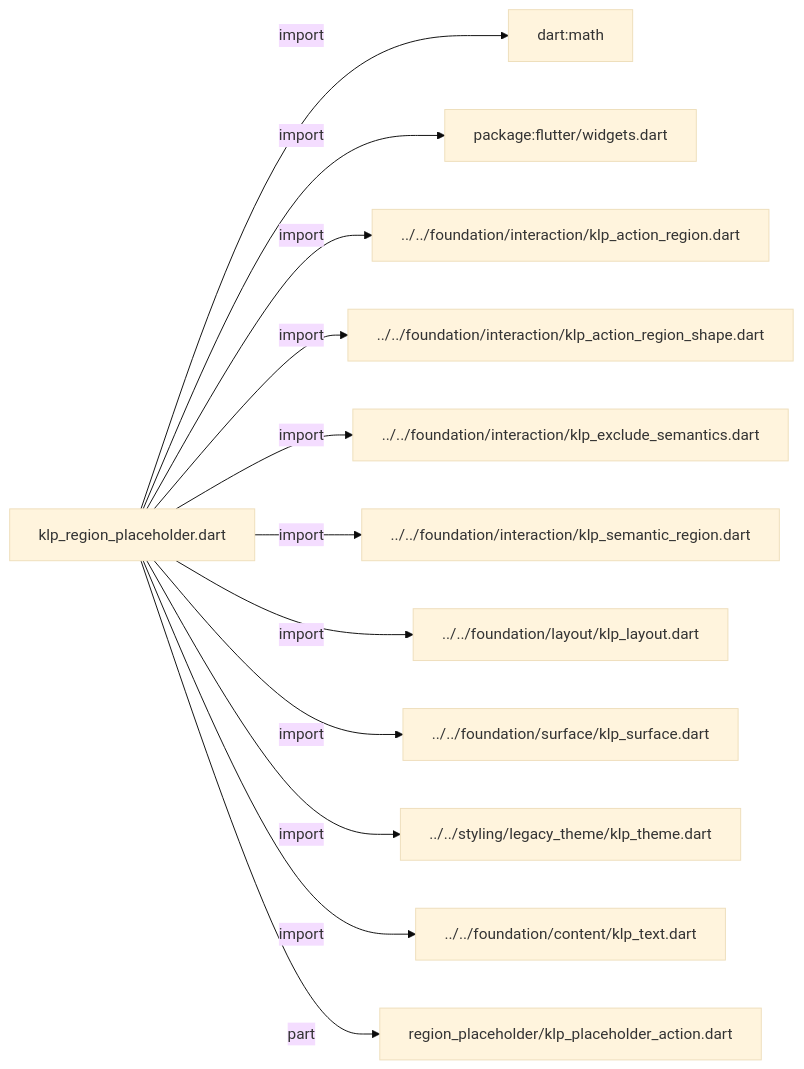
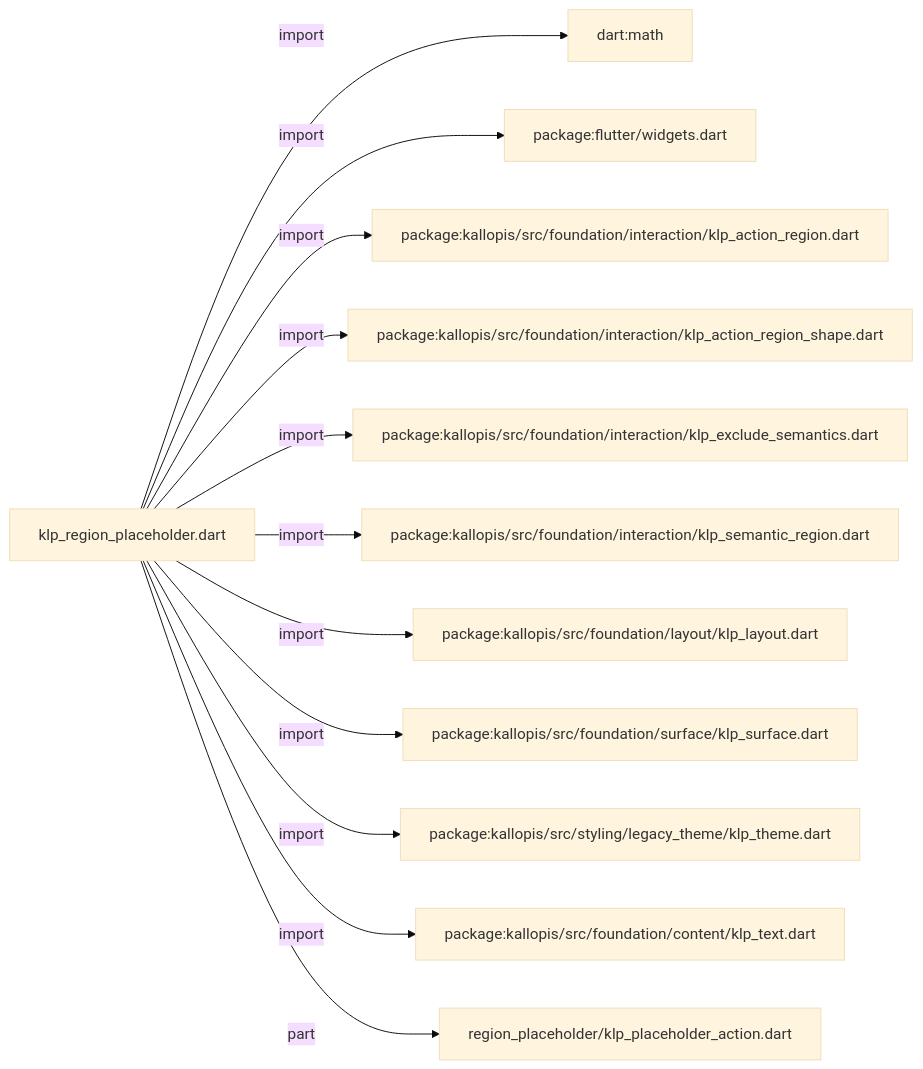
One commit to MiuDog/Kallopis changed the first of 2 diagrams in docs/architecture/src/features/feedback/klp_region_placeholder.md. Above: the diagram before and after it, drawn with Mermaid (base theme). The commit also changed other lines of this file and 9688 other files, not shown here.

Commit message:
Prepare isolated Flow F2 peer baseline

````diff
--- a/docs/architecture/src/features/feedback/klp_region_placeholder.md
+++ b/docs/architecture/src/features/feedback/klp_region_placeholder.md
@@ -11,26 +11,26 @@
 ```mermaid
 flowchart LR
 	n0["klp_region_placeholder.dart"]
 	n1["dart:math"]
 	n2["package:flutter/widgets.dart"]
-	n3["../../foundation/interaction/klp_action_region.dart"]
-	n4["../../foundation/interaction/klp_action_region_shape.dart"]
-	n5["../../foundation/interaction/klp_exclude_semantics.dart"]
-	n6["../../foundation/interaction/klp_semantic_region.dart"]
-	n7["../../foundation/layout/klp_layout.dart"]
-	n8["../../foundation/surface/klp_surface.dart"]
-	n9["../../styling/legacy_theme/klp_theme.dart"]
-	n10["../../foundation/content/klp_text.dart"]
+	n3["package:kallopis/src/foundation/interaction/klp_action_region.dart"]
+	n4["package:kallopis/src/foundation/interaction/klp_action_region_shape.dart"]
+	n5["package:kallopis/src/foundation/interaction/klp_exclude_semantics.dart"]
+	n6["package:kallopis/src/foundation/interaction/klp_semantic_region.dart"]
+	n7["package:kallopis/src/foundation/layout/klp_layout.dart"]
+	n8["package:kallopis/src/foundation/surface/klp_surface.dart"]
+	n9["package:kallopis/src/styling/legacy_theme/klp_theme.dart"]
+	n10["package:kallopis/src/foundation/content/klp_text.dart"]
 	n11["region_placeholder/klp_placeholder_action.dart"]
 	n0 -->|"import"| n1
 	n0 -->|"import"| n2
 	n0 -->|"import"| n3
 	n0 -->|"import"| n4
 	n0 -->|"import"| n5
 	n0 -->|"import"| n6
 	n0 -->|"import"| n7
 	n0 -->|"import"| n8
 	n0 -->|"import"| n9
 	n0 -->|"import"| n10
 	n0 -->|"part"| n11
 ```
````
